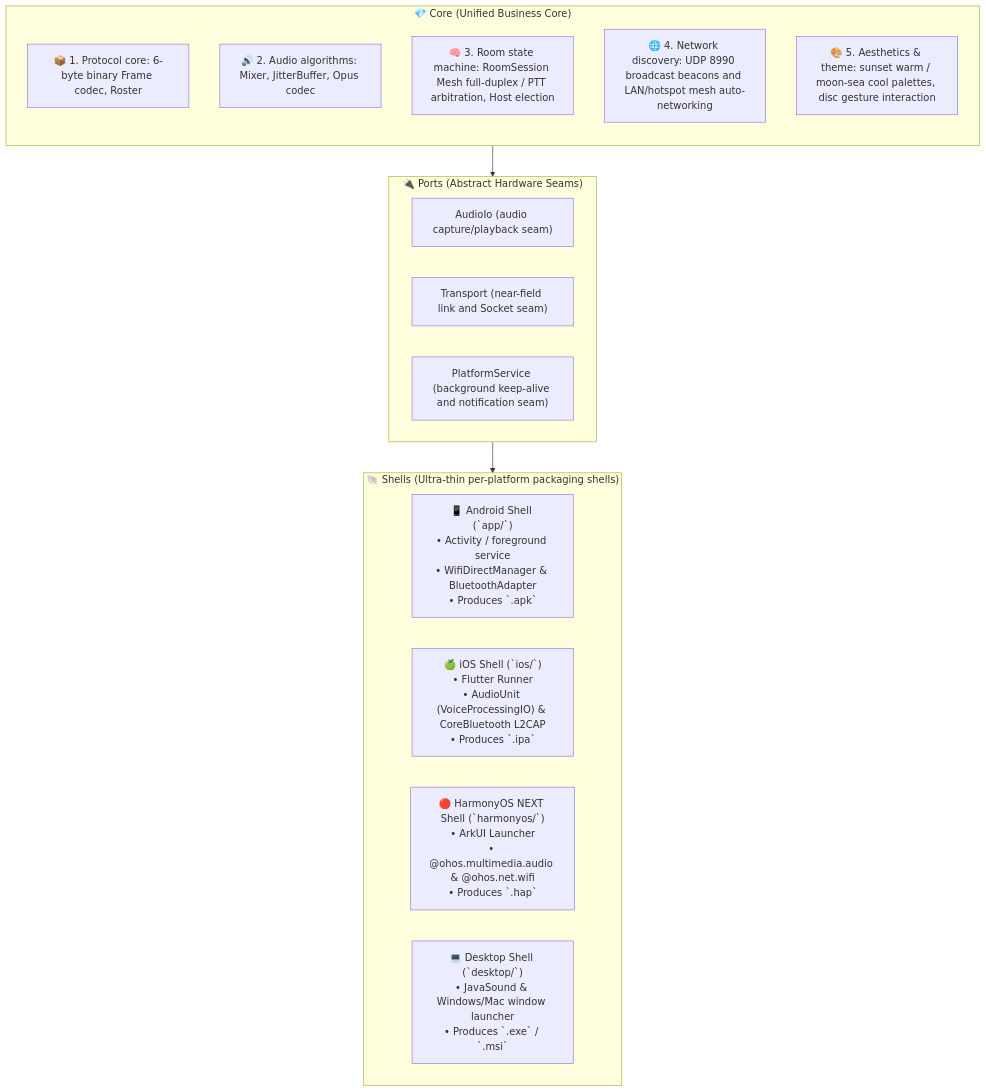
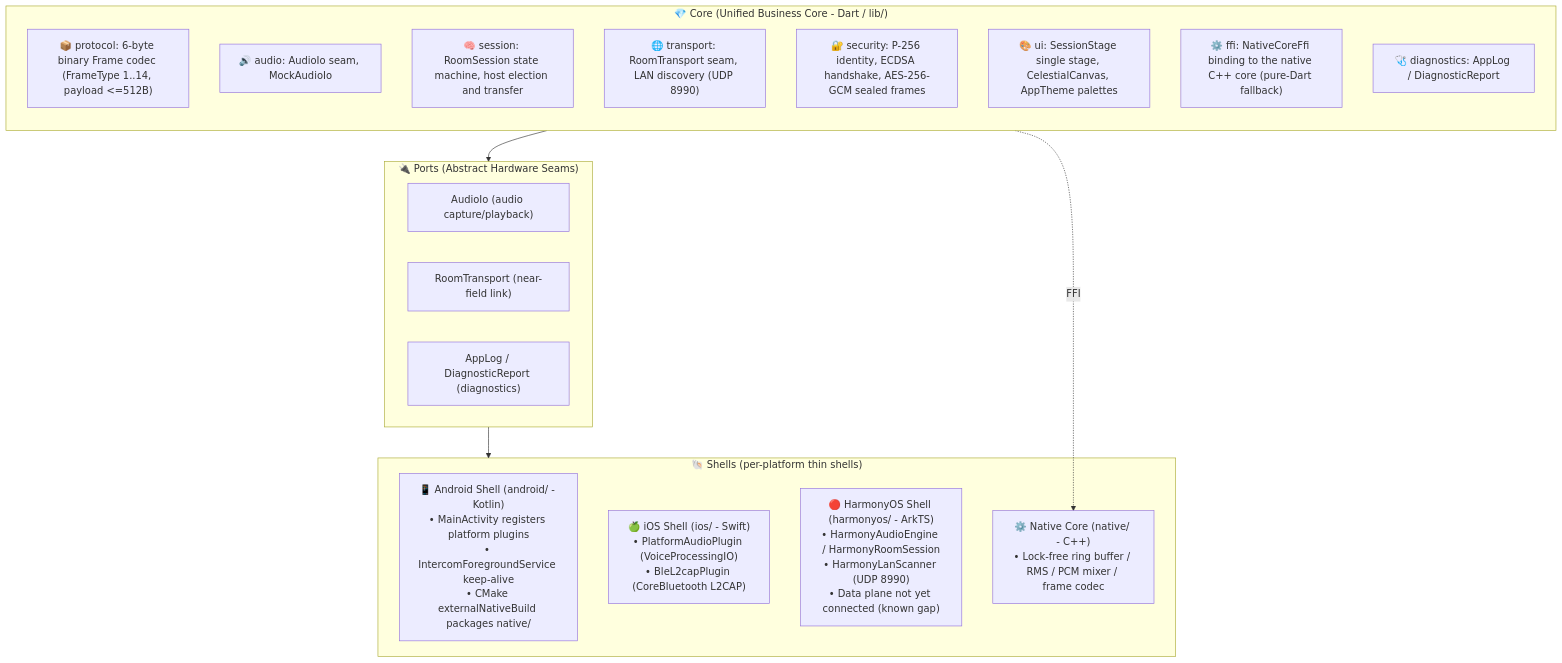
One commit to Starlordzz/sunsetripple changed the diagram in docs/wiki/en/Core-Shell-Architecture.md. Above: the diagram before and after it, drawn with Mermaid. The commit also changed other lines of this file and 36 other files, not shown here.

````diff
--- a/docs/wiki/en/Core-Shell-Architecture.md
+++ b/docs/wiki/en/Core-Shell-Architecture.md
@@ -14,27 +15,31 @@
 ```mermaid
 flowchart TD
-    subgraph CORE ["💎 Core (Unified Business Core)"]
+    subgraph CORE ["💎 Core (Unified Business Core - Dart / lib/)"]
         direction TB
-        PROTO["📦 1. Protocol core: 6-byte binary Frame codec, Roster"]
-        AUDIO_ALGO["🔊 2. Audio algorithms: Mixer, JitterBuffer, Opus codec"]
-        SESSION_SM["🧠 3. Room state machine: RoomSession Mesh full-duplex / PTT arbitration, Host election"]
-        DISCOVERY["🌐 4. Network discovery: UDP 8990 broadcast beacons and LAN/hotspot mesh auto-networking"]
-        THEME["🎨 5. Aesthetics & theme: sunset warm / moon-sea cool palettes, disc gesture interaction"]
+        PROTO["📦 protocol: 6-byte binary Frame codec (FrameType 1..14, payload <=512B)"]
+        AUDIO["🔊 audio: AudioIo seam, MockAudioIo"]
+        SESSION_SM["🧠 session: RoomSession state machine, host election and transfer"]
+        TRANS["🌐 transport: RoomTransport seam, LAN discovery (UDP 8990)"]
+        SEC["🔐 security: P-256 identity, ECDSA handshake, AES-256-GCM sealed frames"]
+        UI["🎨 ui: SessionStage single stage, CelestialCanvas, AppTheme palettes"]
+        FFI["⚙️ ffi: NativeCoreFfi binding to the native C++ core (pure-Dart fallback)"]
+        DIAG["🩺 diagnostics: AppLog / DiagnosticReport"]
     end
 
     subgraph PORTS ["🔌 Ports (Abstract Hardware Seams)"]
-        P_AUDIO["AudioIo (audio capture/playback seam)"]
-        P_TRANS["Transport (near-field link and Socket seam)"]
-        P_NOTIF["PlatformService (background keep-alive and notification seam)"]
+        P_AUDIO["AudioIo (audio capture/playback)"]
+        P_TRANS["RoomTransport (near-field link)"]
+        P_DIAG["AppLog / DiagnosticReport (diagnostics)"]
     end
 
-    subgraph SHELLS ["🐚 Shells (Ultra-thin per-platform packaging shells)"]
-        S_AND["📱 Android Shell (`app/`)<br/>• Activity / foreground service<br/>• WifiDirectManager & BluetoothAdapter<br/>• Produces `.apk`"]
-        S_IOS["🍏 iOS Shell (`ios/`)<br/>• Flutter Runner<br/>• AudioUnit (VoiceProcessingIO) & CoreBluetooth L2CAP<br/>• Produces `.ipa`"]
-        S_HARMONY["🔴 HarmonyOS NEXT Shell (`harmonyos/`)<br/>• ArkUI Launcher<br/>• @ohos.multimedia.audio & @ohos.net.wifi<br/>• Produces `.hap`"]
-        S_DESKTOP["💻 Desktop Shell (`desktop/`)<br/>• JavaSound & Windows/Mac window launcher<br/>• Produces `.exe` / `.msi`"]
+    subgraph SHELLS ["🐚 Shells (per-platform thin shells)"]
+        S_AND["📱 Android Shell (android/ - Kotlin)<br/>• MainActivity registers platform plugins<br/>• IntercomForegroundService keep-alive<br/>• CMake externalNativeBuild packages native/"]
+        S_IOS["🍏 iOS Shell (ios/ - Swift)<br/>• PlatformAudioPlugin (VoiceProcessingIO)<br/>• BleL2capPlugin (CoreBluetooth L2CAP)"]
+        S_HARMONY["🔴 HarmonyOS Shell (harmonyos/ - ArkTS)<br/>• HarmonyAudioEngine / HarmonyRoomSession<br/>• HarmonyLanScanner (UDP 8990)<br/>• Data plane not yet connected (known gap)"]
+        S_NATIVE["⚙️ Native Core (native/ - C++)<br/>• Lock-free ring buffer / RMS / PCM mixer / frame codec"]
     end
 
     CORE --> PORTS
     PORTS --> SHELLS
+    CORE -. FFI .-> S_NATIVE
 ```
````
